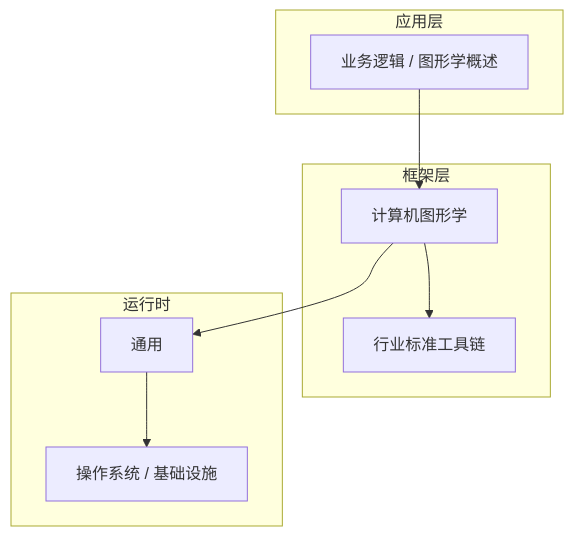
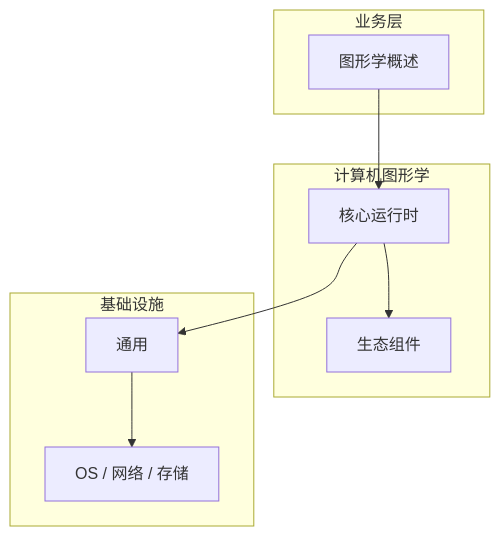
One commit to yanggan2015/knowledge-json-v2 changed the diagram in articles/计算机图形学/chapters/001-图形学概述核心概念与原理.md. Above: the diagram before and after it, drawn with Mermaid. The commit also changed other lines of this file and 10127 other files, not shown here.

````diff
--- a/articles/计算机图形学/chapters/001-图形学概述核心概念与原理.md
+++ b/articles/计算机图形学/chapters/001-图形学概述核心概念与原理.md
@@ -45,18 +30,18 @@
 ```mermaid
 graph TB
-    subgraph 应用层
-        A[业务逻辑 / 图形学概述]
+    subgraph 业务层
+        A[图形学概述]
     end
-    subgraph 框架层
-        B[计算机图形学]
-        C[行业标准工具链]
+    subgraph 计算机图形学
+        B[核心运行时]
+        C[生态组件]
     end
-    subgraph 运行时
+    subgraph 基础设施
         D[通用]
-        E[操作系统 / 基础设施]
+        E[OS / 网络 / 存储]
     end
     A --> B
     B --> C
     B --> D
     D --> E
 ```
````
